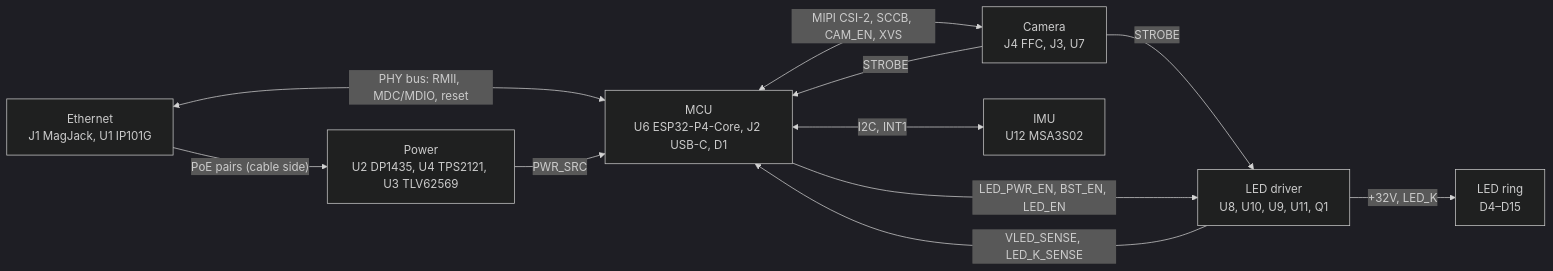
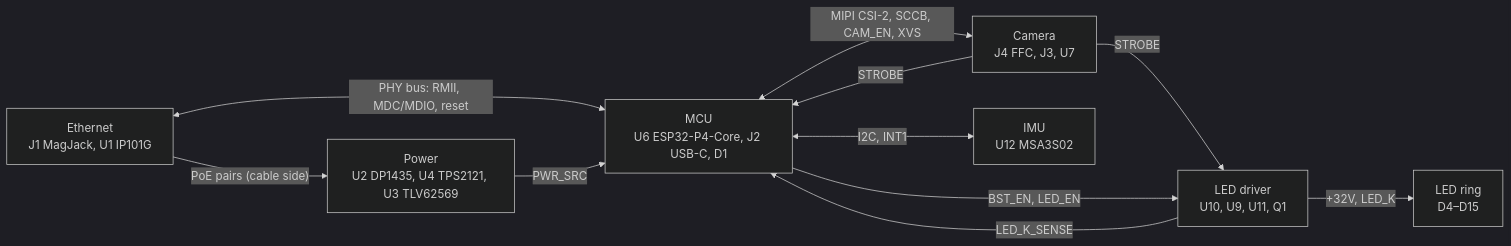
The diagram in docs/hardware/README.md (azais-corentin/espion), drawn with Mermaid (dark theme) before and after one commit. The commit also changed other lines of this file and 16 other files, not shown here.

First line of the commit message:
refactor(espion-cam): remove the LED power switch, PoE filter, mux reference and sense dividers

````diff
--- a/docs/hardware/README.md
+++ b/docs/hardware/README.md
@@ -15,13 +15,13 @@
 ```mermaid
 flowchart LR
   ETH["Ethernet<br/>J1 MagJack, U1 IP101G"] -- "PoE pairs (cable side)" --> PWR["Power<br/>U2 DP1435, U4 TPS2121, U3 TLV62569"]
   ETH <-- "PHY bus: RMII, MDC/MDIO, reset" --> MCU["MCU<br/>U6 ESP32-P4-Core, J2 USB-C, D1"]
   PWR -- "PWR_SRC" --> MCU
   MCU <-- "MIPI CSI-2, SCCB, CAM_EN, XVS" --> CAM["Camera<br/>J4 FFC, J3, U7"]
   CAM -- "STROBE" --> MCU
-  CAM -- "STROBE" --> LEDD["LED driver<br/>U8, U10, U9, U11, Q1"]
-  MCU -- "LED_PWR_EN, BST_EN, LED_EN" --> LEDD
-  LEDD -- "VLED_SENSE, LED_K_SENSE" --> MCU
+  CAM -- "STROBE" --> LEDD["LED driver<br/>U10, U9, U11, Q1"]
+  MCU -- "BST_EN, LED_EN" --> LEDD
+  LEDD -- "LED_K_SENSE" --> MCU
   LEDD -- "+32V, LED_K" --> RING["LED ring<br/>D4–D15"]
   MCU <-- "I2C, INT1" --> IMU["IMU<br/>U12 MSA3S02"]
 ```
````
